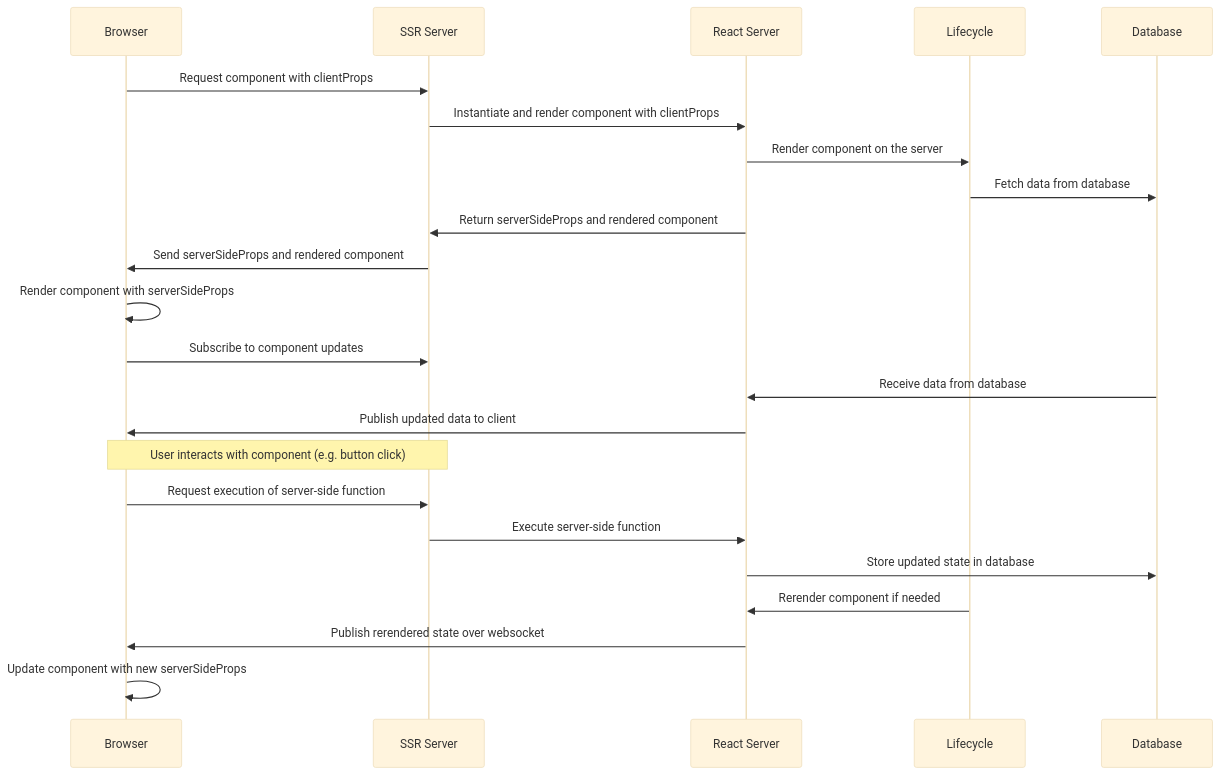
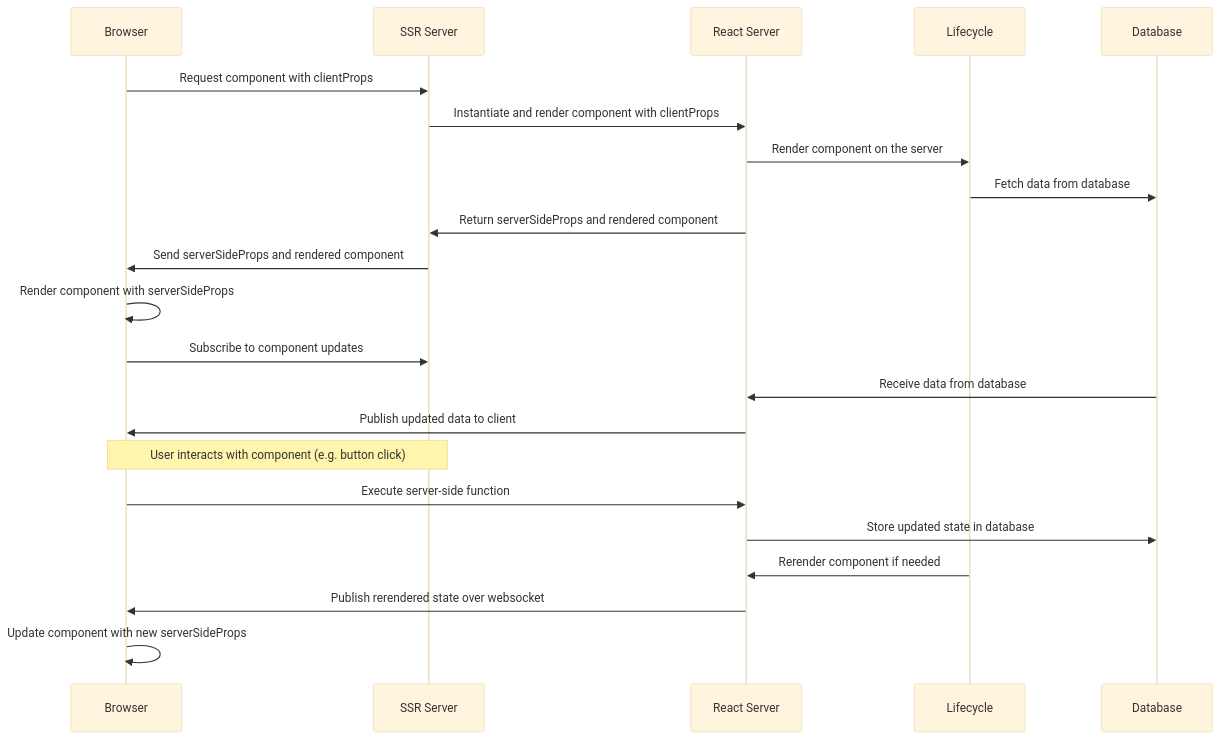
The diagram in src/pages/Components.md (state-less/react-server-docs-md), drawn with Mermaid (base theme) before and after one commit. The commit also changed other lines of this file, not shown here.

Commit message:
fix: update lifecycle diagram

````diff
--- a/src/pages/Components.md
+++ b/src/pages/Components.md
@@ -23,27 +23,26 @@
 ```mermaid
 sequenceDiagram
 participant Browser as Browser
 participant Server as SSR Server
 participant RSC as React Server
 participant SSP as Lifecycle
 participant DB as Database
 
 Browser->>Server: Request component with clientProps
 Server->>RSC: Instantiate and render component with clientProps
 RSC->>SSP: Render component on the server
 SSP->>DB: Fetch data from database
 RSC->>Server: Return serverSideProps and rendered component
 Server->>Browser: Send serverSideProps and rendered component
 Browser->>Browser: Render component with serverSideProps
 Browser->>Server: Subscribe to component updates
 DB->>RSC: Receive data from database
 RSC->>Browser: Publish updated data to client
 Note over Browser, Server: User interacts with component (e.g. button click)
 
-Browser->>Server: Request execution of server-side function
-Server->>RSC: Execute server-side function
+Browser->>RSC: Execute server-side function
 RSC->>DB: Store updated state in database
 SSP->>RSC: Rerender component if needed
 RSC->>Browser: Publish rerendered state over websocket
 Browser->>Browser: Update component with new serverSideProps
-```         
+```
````
